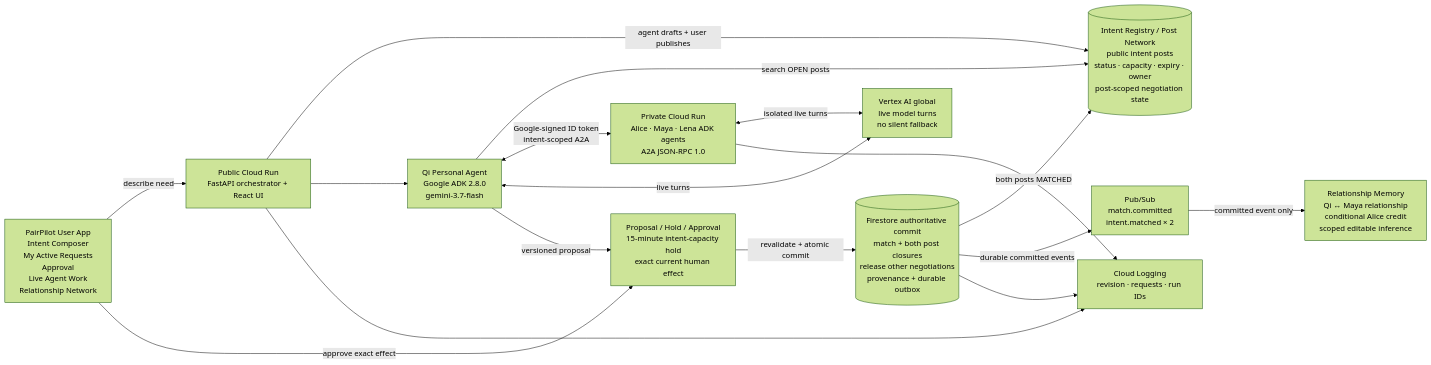
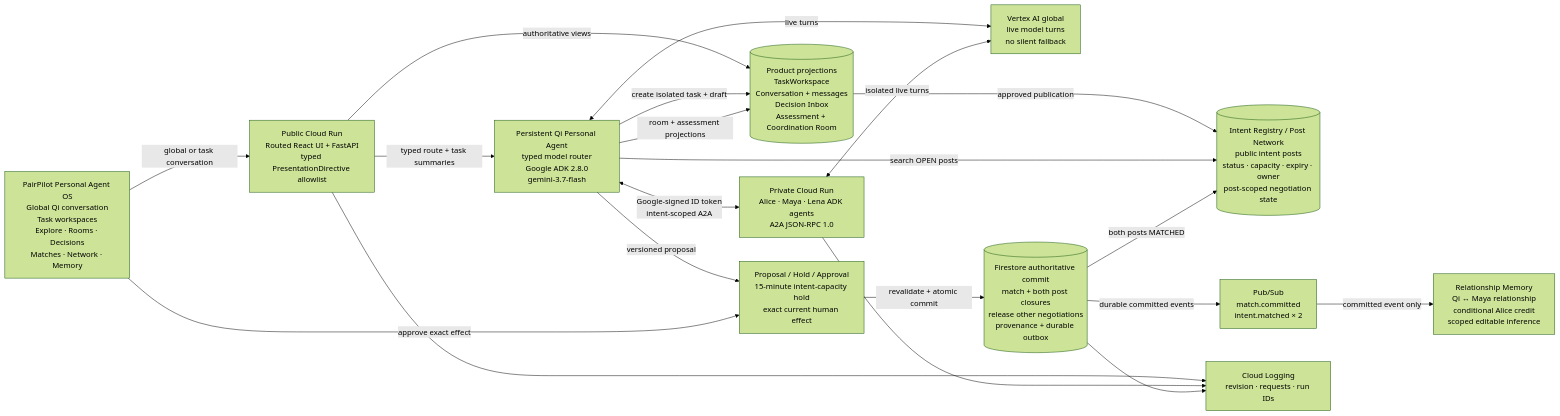
Before and after one commit to QiRebecca/PairPilot: the diagram in docs/architecture.mmd, drawn with Mermaid (forest theme). The commit also changed 30 other files, not shown here.

Commit message:
feat: build persistent Personal Agent OS

```diff
--- a/docs/architecture.mmd
+++ b/docs/architecture.mmd
@@ -1,29 +1,33 @@
 flowchart LR
-    U["PairPilot User App<br/>Intent Composer<br/>My Active Requests<br/>Approval<br/>Live Agent Work<br/>Relationship Network"]
-    O["Public Cloud Run<br/>FastAPI orchestrator + React UI"]
-    Q["Qi Personal Agent<br/>Google ADK 2.8.0<br/>gemini-3.7-flash"]
+    U["PairPilot Personal Agent OS<br/>Global Qi conversation<br/>Task workspaces<br/>Explore · Rooms · Decisions<br/>Matches · Network · Memory"]
+    O["Public Cloud Run<br/>Routed React UI + FastAPI<br/>typed PresentationDirective allowlist"]
+    W[("Product projections<br/>TaskWorkspace<br/>Conversation + messages<br/>Decision Inbox<br/>Assessment + Coordination Room")]
+    Q["Persistent Qi Personal Agent<br/>typed model router<br/>Google ADK 2.8.0<br/>gemini-3.7-flash"]
     I[("Intent Registry / Post Network<br/>public intent posts<br/>status · capacity · expiry · owner<br/>post-scoped negotiation state")]
     P["Private Cloud Run<br/>Alice · Maya · Lena ADK agents<br/>A2A JSON-RPC 1.0"]
     V["Vertex AI global<br/>live model turns<br/>no silent fallback"]
     H["Proposal / Hold / Approval<br/>15-minute intent-capacity hold<br/>exact current human effect"]
     F[("Firestore authoritative commit<br/>match + both post closures<br/>release other negotiations<br/>provenance + durable outbox")]
     S["Pub/Sub<br/>match.committed<br/>intent.matched × 2"]
     R["Relationship Memory<br/>Qi ↔ Maya relationship<br/>conditional Alice credit<br/>scoped editable inference"]
     G["Cloud Logging<br/>revision · requests · run IDs"]
 
-    U -->|"describe need"| O
-    O -->|"agent drafts + user publishes"| I
-    O --> Q
+    U -->|"global or task conversation"| O
+    O -->|"authoritative views"| W
+    O -->|"typed route + task summaries"| Q
+    Q -->|"create isolated task + draft"| W
+    W -->|"approved publication"| I
     Q -->|"search OPEN posts"| I
     Q <-->|"Google-signed ID token<br/>intent-scoped A2A"| P
     Q <-->|"live turns"| V
     P <-->|"isolated live turns"| V
     Q -->|"versioned proposal"| H
+    Q -->|"room + assessment projections"| W
     U -->|"approve exact effect"| H
     H -->|"revalidate + atomic commit"| F
     F -->|"both posts MATCHED"| I
     F -->|"durable committed events"| S
     S -->|"committed event only"| R
     O --> G
     P --> G
     F --> G
```
